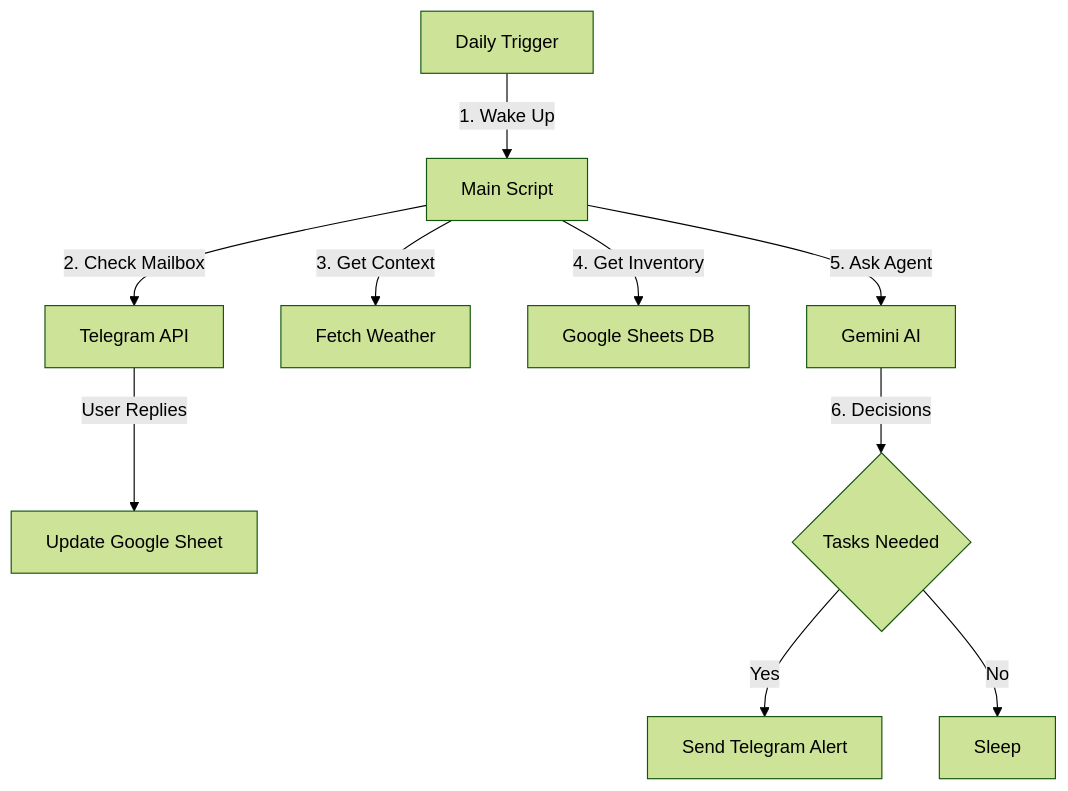
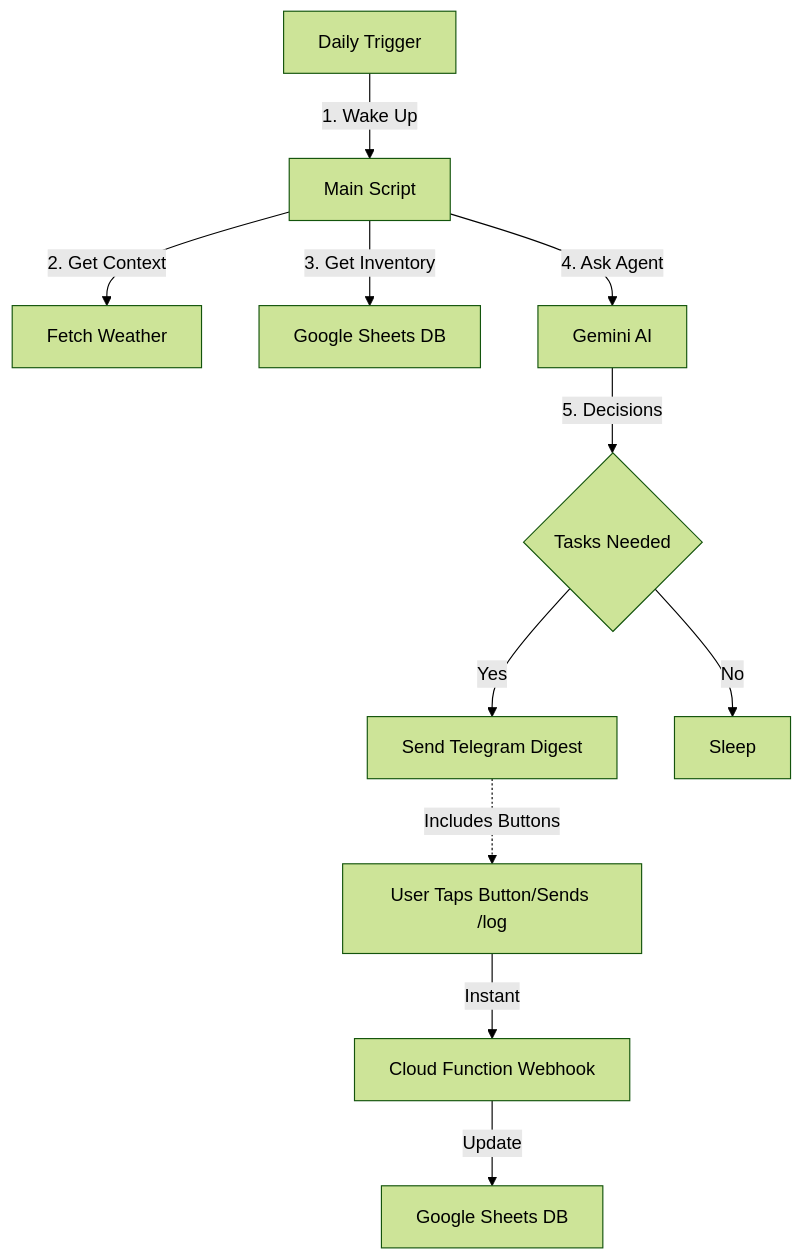
Before and after one commit to aninoy/shakahari: the diagram in README.md, drawn with Mermaid (forest theme). The commit also changed other lines of this file and 19 other files, not shown here.

````diff
--- a/README.md
+++ b/README.md
@@ -20,12 +20,14 @@
 ```mermaid
 flowchart TD
     A[Daily Trigger] -->|1. Wake Up| B[Main Script]
-    B -->|2. Check Mailbox| C[Telegram API]
-    C -->|User Replies| D[Update Google Sheet]
-    B -->|3. Get Context| E[Fetch Weather]
-    B -->|4. Get Inventory| F[Google Sheets DB]
-    B -->|5. Ask Agent| G[Gemini AI]
-    G -->|6. Decisions| H{Tasks Needed}
-    H -->|Yes| I[Send Telegram Alert]
-    H -->|No| J[Sleep]
+    B -->|2. Get Context| C[Fetch Weather]
+    B -->|3. Get Inventory| D[Google Sheets DB]
+    B -->|4. Ask Agent| E[Gemini AI]
+    E -->|5. Decisions| F{Tasks Needed}
+    F -->|Yes| G[Send Telegram Digest]
+    F -->|No| H[Sleep]
+    
+    I[User Taps Button/Sends /log] -->|Instant| J[Cloud Function Webhook]
+    J -->|Update| K[Google Sheets DB]
+    G -.->|Includes Buttons| I
 ```
````
